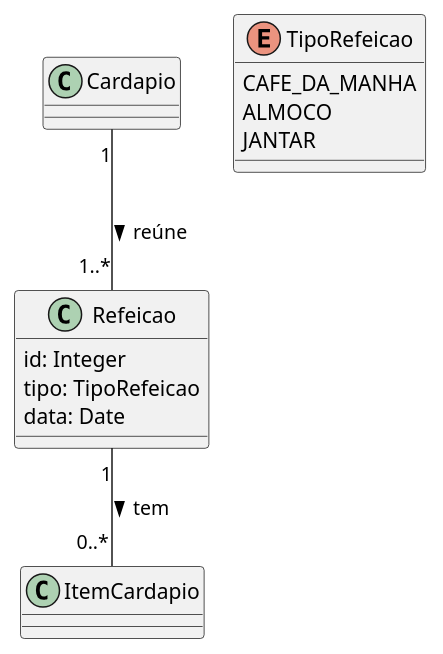
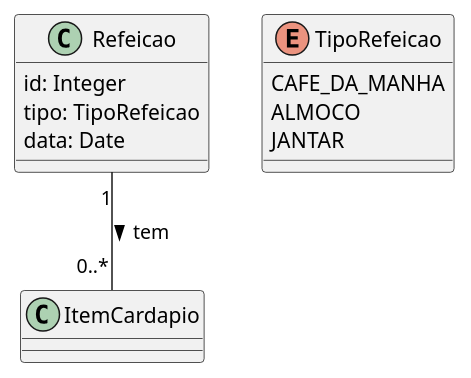
One commit to joseduardogon/Minha_UFG_Grupo_Cinza changed the diagram in Integracao/entidades/Entidade-Refeicao.md. Above: the diagram before and after it, drawn with PlantUML. The commit also changed other lines of this file and 38 other files, not shown here.

````diff
--- a/Integracao/entidades/Entidade-Refeicao.md
+++ b/Integracao/entidades/Entidade-Refeicao.md
@@ -47,16 +45,14 @@
 ```plantuml
 class Refeicao {
   id: Integer
   tipo: TipoRefeicao
   data: Date
 }
 enum TipoRefeicao {
   CAFE_DA_MANHA
   ALMOCO
   JANTAR
 }
-class Cardapio
 class ItemCardapio
-Cardapio "1" -- "1..*" Refeicao : reúne >
 Refeicao "1" -- "0..*" ItemCardapio : tem >
 ```
````
